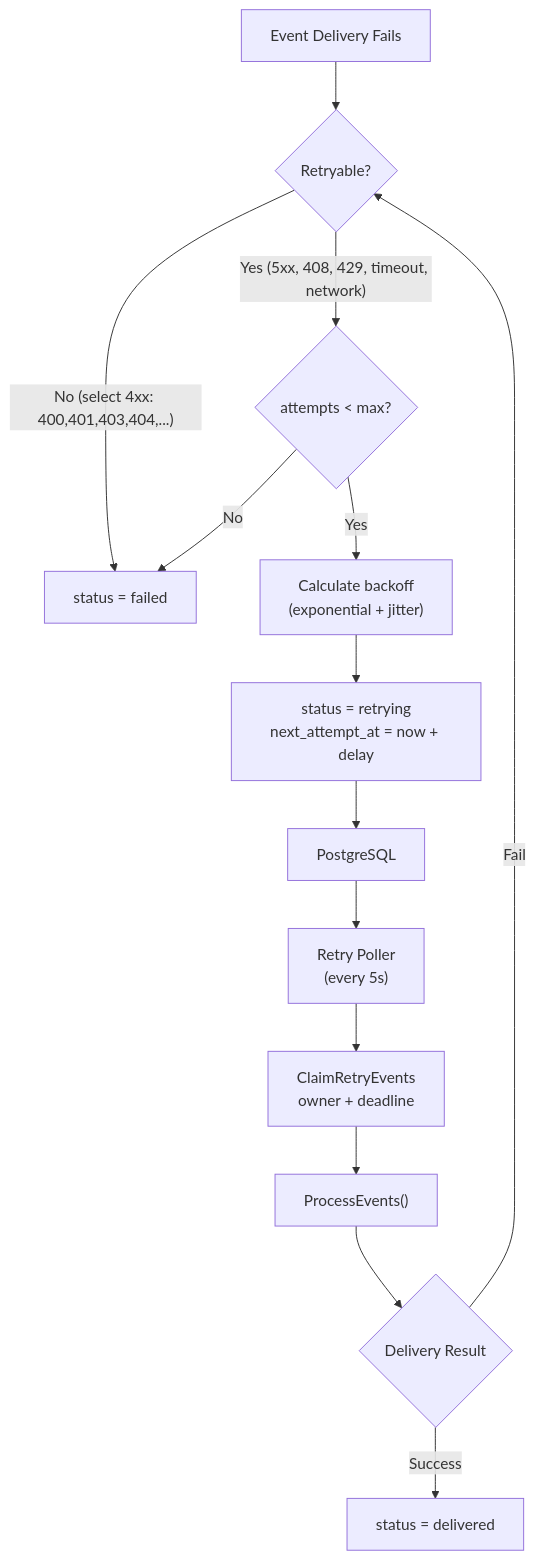
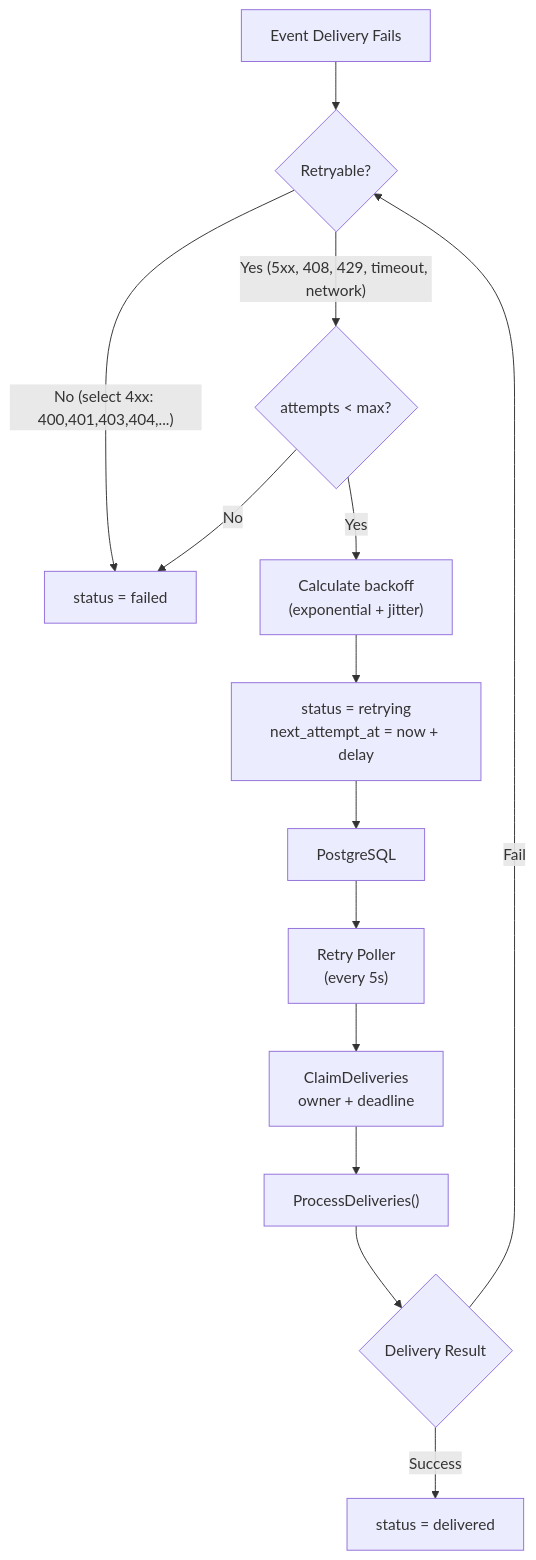
Diagram 12 of 13 in docs/architecture.md (felipepmaragno/webhook-service), drawn with Mermaid before and after one commit. The commit also changed other lines of this file and 30 other files, not shown here.

````diff
--- a/docs/architecture.md
+++ b/docs/architecture.md
@@ -526,16 +524,16 @@
 ```mermaid
 flowchart TD
     A["Event Delivery Fails"] --> B{"Retryable?"}
     B -->|"No (select 4xx: 400,401,403,404,...)"| C["status = failed"]
     B -->|"Yes (5xx, 408, 429, timeout, network)"| D{"attempts < max?"}
     D -->|"No"| C
     D -->|"Yes"| E["Calculate backoff<br/>(exponential + jitter)"]
     E --> F["status = retrying<br/>next_attempt_at = now + delay"]
     F --> G["PostgreSQL"]
     G --> H["Retry Poller<br/>(every 5s)"]
-    H --> I["ClaimRetryEvents<br/>owner + deadline"]
-    I --> J["ProcessEvents()"]
+    H --> I["ClaimDeliveries<br/>owner + deadline"]
+    I --> J["ProcessDeliveries()"]
     J --> K{"Delivery Result"}
     K -->|"Success"| L["status = delivered"]
     K -->|"Fail"| B
 ```
````
